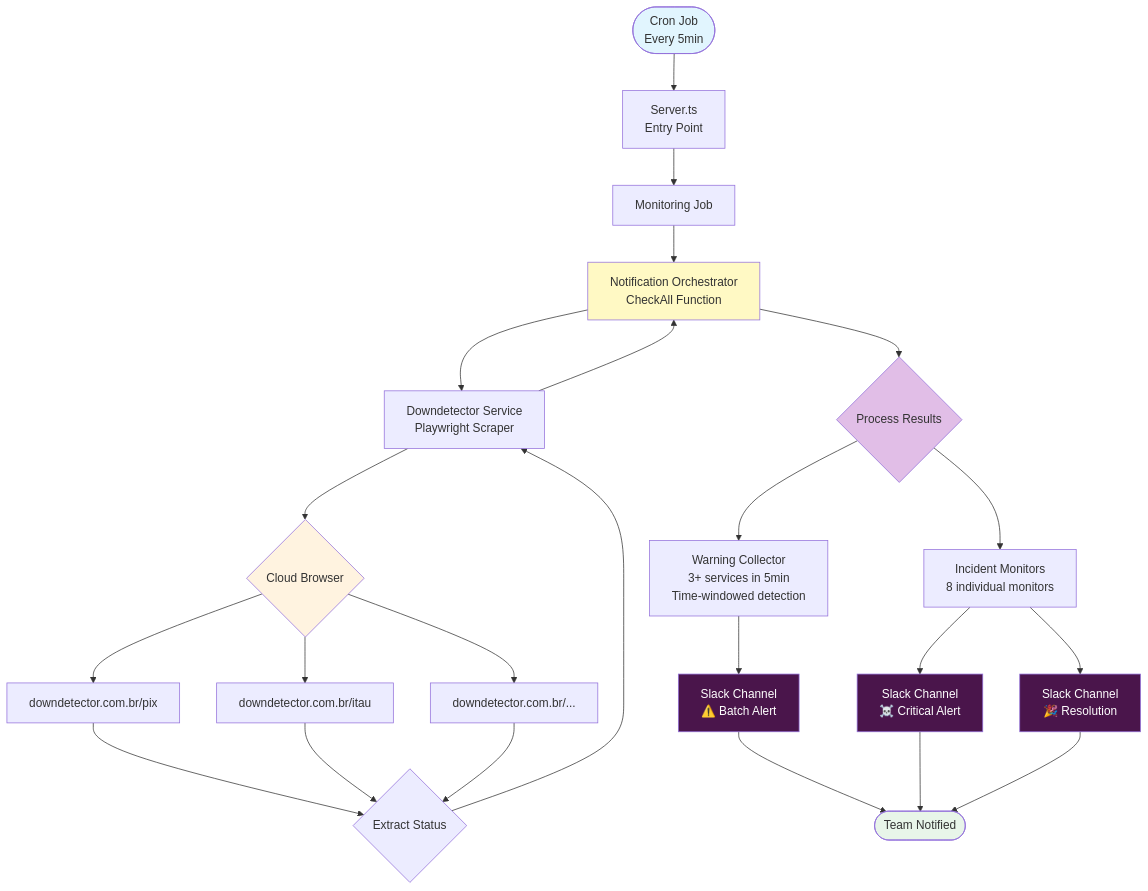
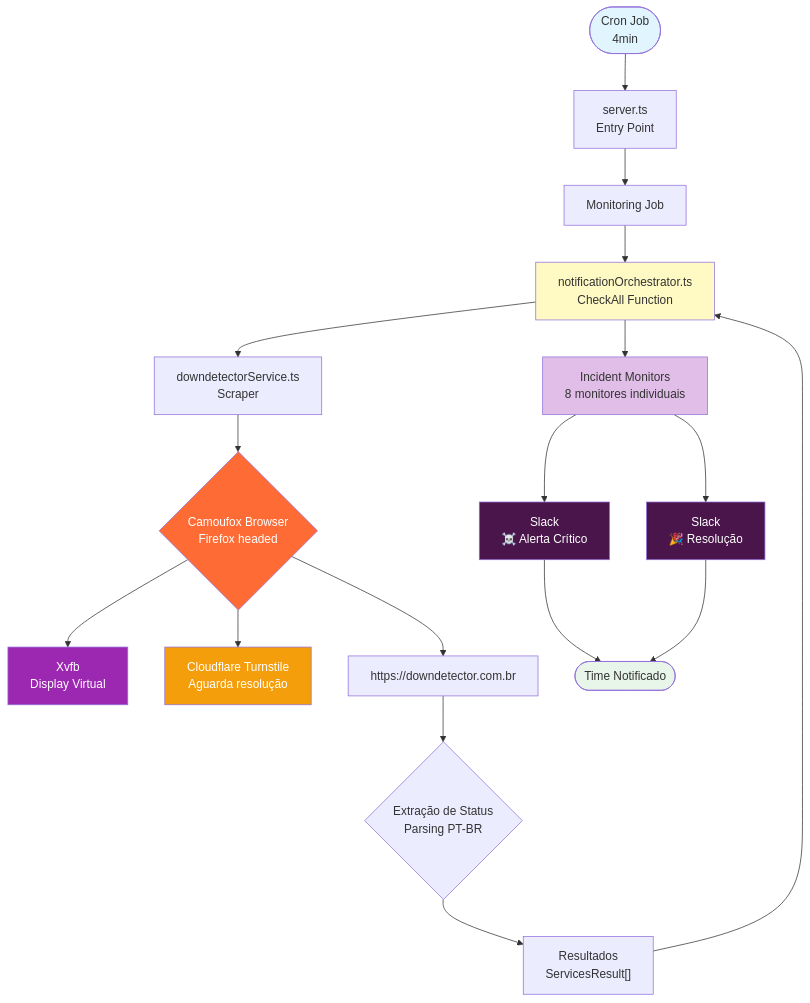
One commit to eduardotashiro/downdetector-slack changed the first of 4 diagrams in README.md. Above: the diagram before and after it, drawn with Mermaid. The commit also changed other lines of this file, not shown here.

````diff
--- a/README.md
+++ b/README.md
@@ -76,42 +234,35 @@
 ```mermaid
 graph TB
-    Start([Cron Job<br/>Every 5min]) --> Server[Server.ts<br/>Entry Point]
+    Start([Cron Job<br/>4min]) --> Server[server.ts<br/>Entry Point]
     Server --> Job[Monitoring Job]
-    Job --> Orchestrator[Notification Orchestrator<br/>CheckAll Function]
-    
-    Orchestrator --> Scraper[Downdetector Service<br/>Playwright Scraper]
-    
-    Scraper --> Browser{Cloud Browser}
-    Browser --> DD1[downdetector.com.br/pix]
-    Browser --> DD2[downdetector.com.br/itau]
-    Browser --> DD3[downdetector.com.br/...]
-    
-    DD1 --> Data{Extract Status}
-    DD2 --> Data
-    DD3 --> Data
-    
-    Data --> Scraper
-    Scraper --> Orchestrator
-    
-    Orchestrator --> Process{Process Results}
-    
-    Process --> Warning[Warning Collector<br/>3+ services in 5min<br/>Time-windowed detection]
-    Process --> Incident[Incident Monitors<br/>8 individual monitors]
-    
-    Warning --> Slack1[Slack Channel<br/>⚠️ Batch Alert]
-    Incident --> Slack2[Slack Channel<br/>☠️ Critical Alert]
-    Incident --> Slack3[Slack Channel<br/>🎉 Resolution]
-    
-    Slack1 --> End([Team Notified])
+    Job --> Orchestrator[notificationOrchestrator.ts<br/>CheckAll Function]
+
+    Orchestrator --> Scraper[downdetectorService.ts<br/>Scraper]
+
+    Scraper --> Browser{Camoufox Browser<br/>Firefox headed}
+    Browser --> Xvfb[Xvfb<br/>Display Virtual]
+    Browser --> Turnstile[Cloudflare Turnstile<br/>Aguarda resolução]
+    Browser --> DD[https://downdetector.com.br]
+
+    DD --> Data{Extração de Status<br/>Parsing PT-BR}
+    Data --> Results["Resultados<br/>ServicesResult[]"]
+    Results --> Orchestrator
+
+    Orchestrator --> Incident[Incident Monitors<br/>8 monitores individuais]
+
+    Incident --> Slack1[Slack<br/>☠️ Alerta Crítico]
+    Incident --> Slack2[Slack<br/>🎉 Resolução]
+
+    Slack1 --> End([Time Notificado])
     Slack2 --> End
-    Slack3 --> End
-    
+
     style Start fill:#e1f5fe
     style Orchestrator fill:#fff9c4
-    style Browser fill:#fff3e0
-    style Process fill:#e1bee7
+    style Browser fill:#FF6B35,color:#fff
+    style Xvfb fill:#9C27B0,color:#fff
+    style Turnstile fill:#f59e0b,color:#fff
+    style Incident fill:#e1bee7
     style Slack1 fill:#4A154B,color:#fff
     style Slack2 fill:#4A154B,color:#fff
-    style Slack3 fill:#4A154B,color:#fff
     style End fill:#e8f5e9
 ```
````
